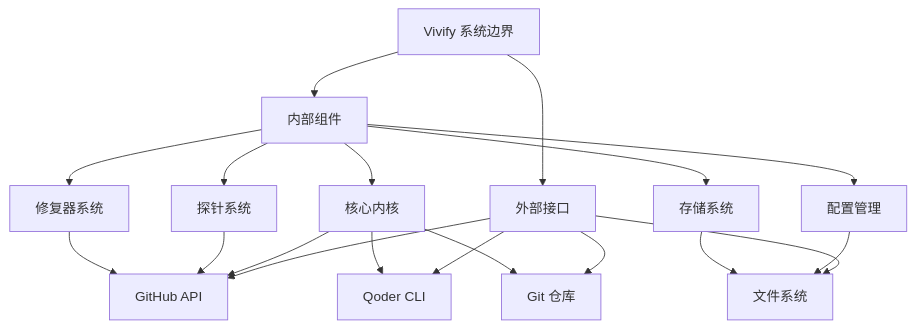
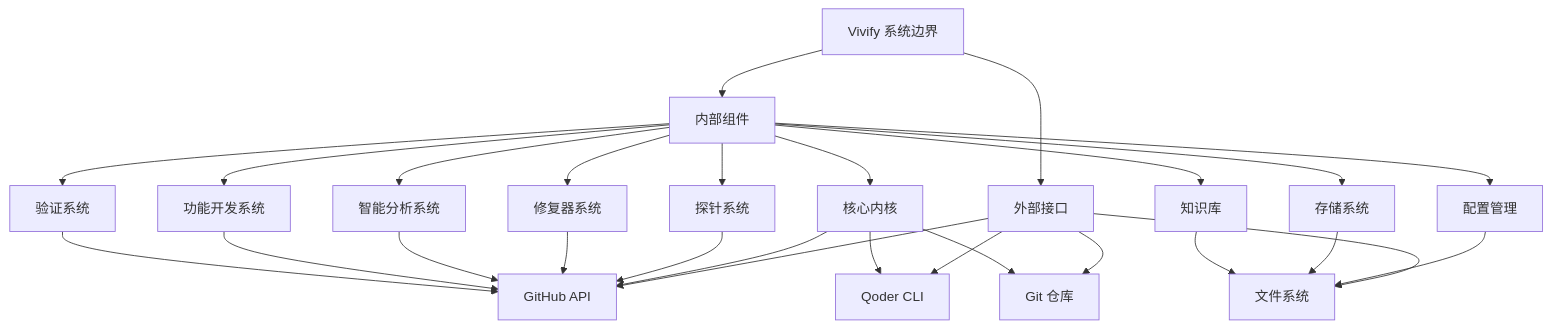
One commit to pinsonchen/vivify changed the fifth of 6 diagrams in .qoder/repowiki/zh/content/项目概述.md. Above: the diagram before and after it, drawn with Mermaid. The commit also changed other lines of this file and 25 other files, not shown here.

````diff
--- a/.qoder/repowiki/zh/content/项目概述.md
+++ b/.qoder/repowiki/zh/content/项目概述.md
@@ -274,21 +359,29 @@
 ```mermaid
 flowchart TD
 A[Vivify 系统边界] --> B[内部组件]
 A --> C[外部接口]
 B --> B1[核心内核]
 B --> B2[探针系统]
 B --> B3[修复器系统]
-B --> B4[配置管理]
-B --> B5[存储系统]
+B --> B4[智能分析系统]
+B --> B5[功能开发系统]
+B --> B6[验证系统]
+B --> B7[配置管理]
+B --> B8[存储系统]
+B --> B9[知识库]
 C --> C1[GitHub API]
 C --> C2[Qoder CLI]
 C --> C3[Git 仓库]
 C --> C4[文件系统]
 B1 --> C1
 B2 --> C1
 B3 --> C1
+B4 --> C1
+B5 --> C1
+B6 --> C1
 B1 --> C2
 B1 --> C3
-B4 --> C4
-B5 --> C4
+B7 --> C4
+B8 --> C4
+B9 --> C4
 ```
````
